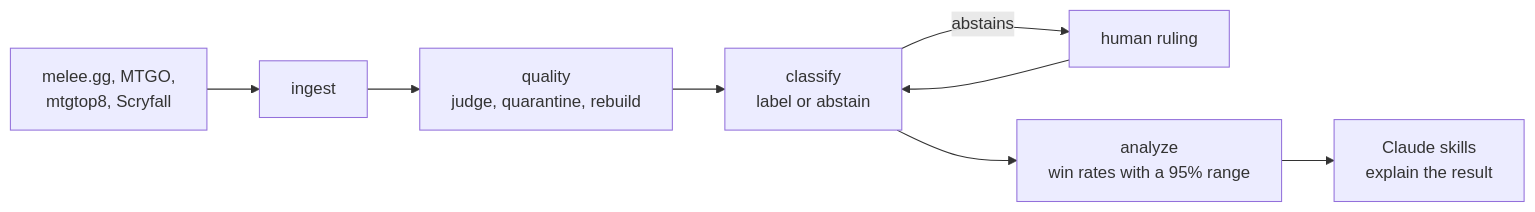
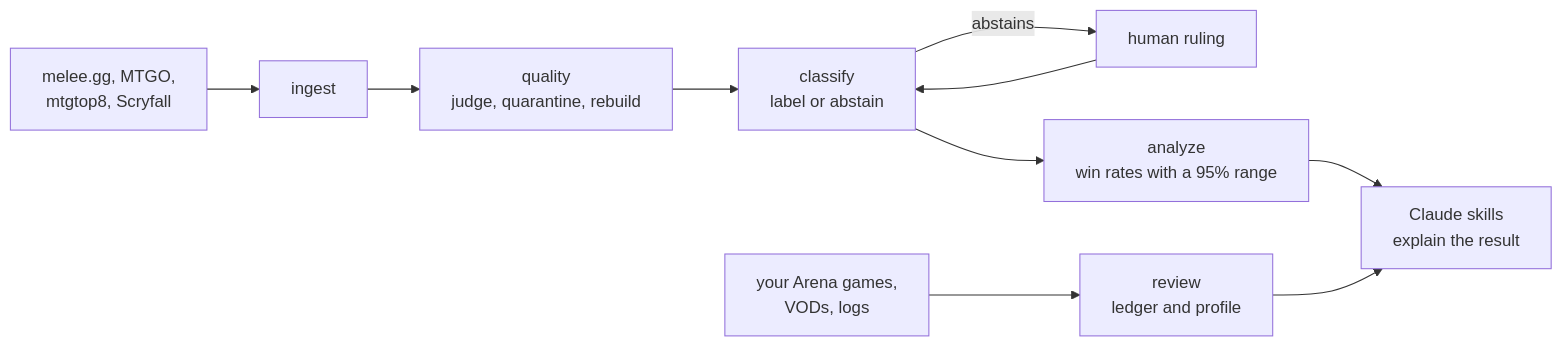
One commit to Phillip-Hurst/MTG-Data changed the diagram in README.md. Above: the diagram before and after it, drawn with Mermaid. The commit also changed other lines of this file and 9 other files, not shown here.

````diff
--- a/README.md
+++ b/README.md
@@ -74,10 +138,12 @@
 ```mermaid
 flowchart LR
     src["melee.gg, MTGO,<br/>mtgtop8, Scryfall"] --> ingest["ingest"]
     ingest --> quality["quality<br/>judge, quarantine, rebuild"]
     quality --> classify["classify<br/>label or abstain"]
     classify -- abstains --> human["human ruling"]
     human --> classify
     classify --> analyze["analyze<br/>win rates with a 95% range"]
-    analyze --> claude["Claude skills<br/>explain the result"]
+    analyze --> skills["Claude skills<br/>explain the result"]
+    games["your Arena games,<br/>VODs, logs"] --> review["review<br/>ledger and profile"]
+    review --> skills
 ```
````
